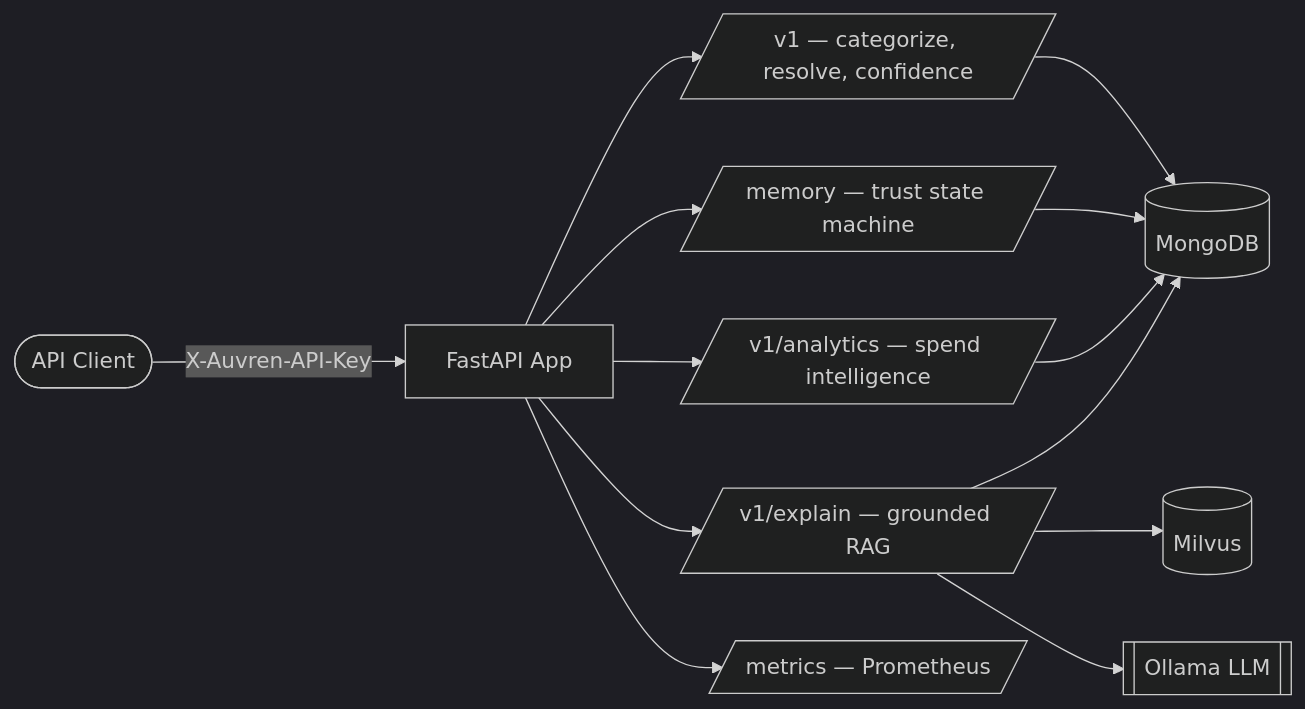
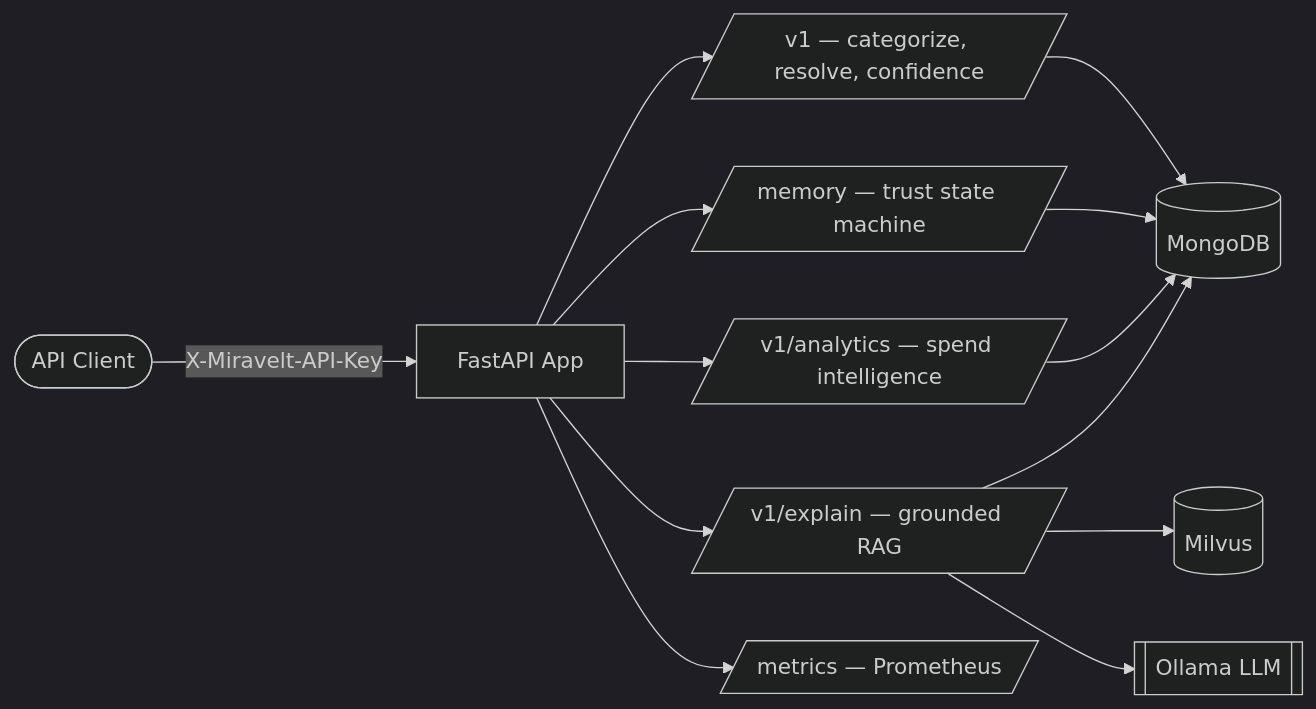
One commit to lokeshramchand-ctrl/miravelt changed the diagram in README.md. Above: the diagram before and after it, drawn with Mermaid (dark theme). The commit also changed other lines of this file and 33 other files, not shown here.

First line of the commit message:
docs: rename Auvren to Miravelt and document the icons and avatars

````diff
--- a/README.md
+++ b/README.md
@@ -66,15 +66,15 @@
 ```mermaid
 flowchart LR
-    Client([API Client]) -->|X-Auvren-API-Key| API[FastAPI App]
+    Client([API Client]) -->|X-Miravelt-API-Key| API[FastAPI App]
     API --> V1[/v1 — categorize, resolve, confidence/]
     API --> MEM[/memory — trust state machine/]
     API --> ANA[/v1/analytics — spend intelligence/]
     API --> RAG[/v1/explain — grounded RAG/]
     V1 --> Mongo[(MongoDB)]
     MEM --> Mongo
     ANA --> Mongo
     RAG --> Mongo
     RAG --> Milvus[(Milvus)]
     RAG --> Ollama[[Ollama LLM]]
     API --> Prom[/metrics — Prometheus/]
 ```
````
